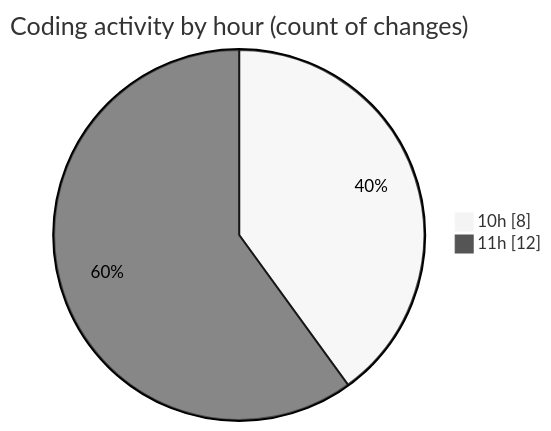
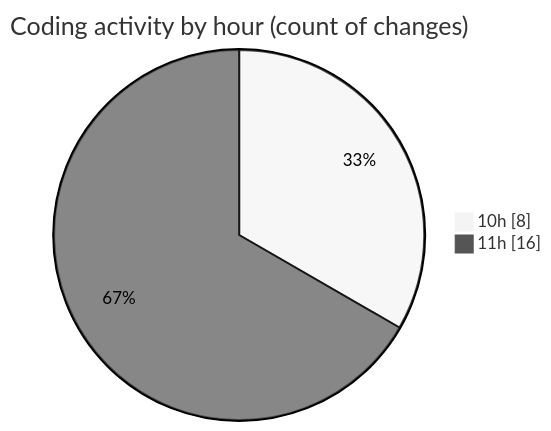
Before and after one commit to CELIANVF/code-tracking: the second of 2 diagrams in 2025-05-16/python_app_deploy/README.md, drawn with Mermaid (neutral theme). The commit also changed other lines of this file and 1 other file, not shown here.

````diff
--- a/2025-05-16/python_app_deploy/README.md
+++ b/2025-05-16/python_app_deploy/README.md
@@ -34,6 +34,6 @@
 ```mermaid
 pie showData
 title Coding activity by hour (count of changes)
 "10h" : 8
-"11h" : 12
+"11h" : 16
 ```
````
